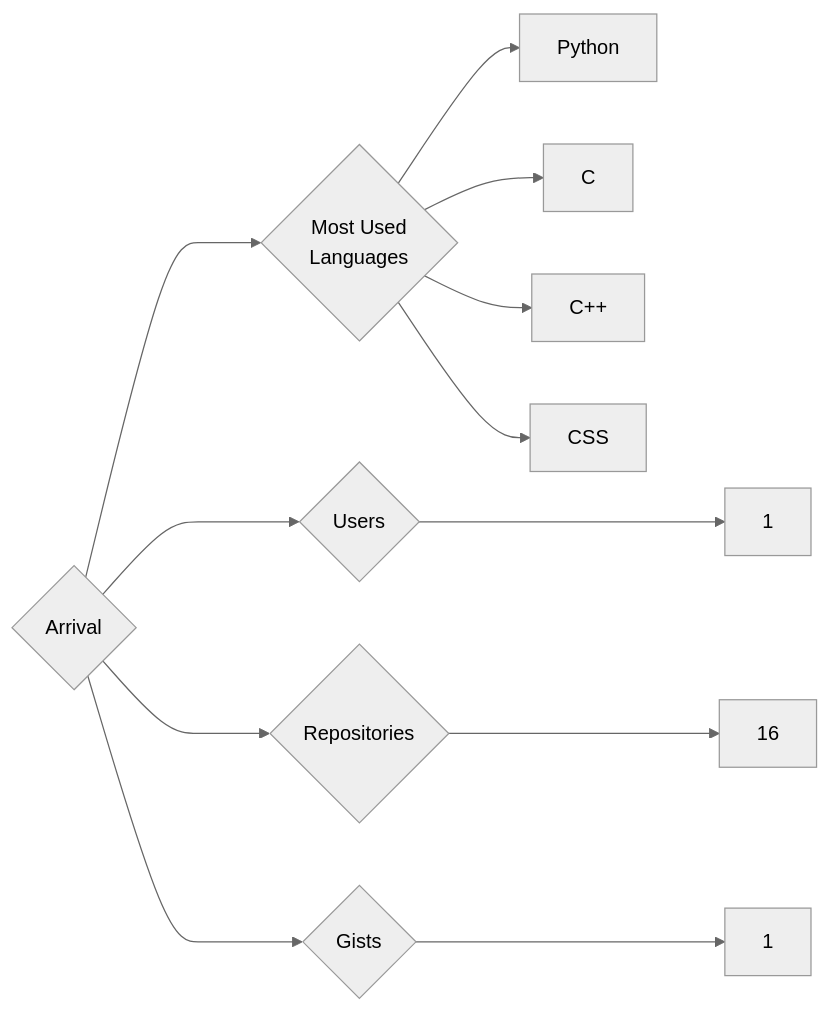
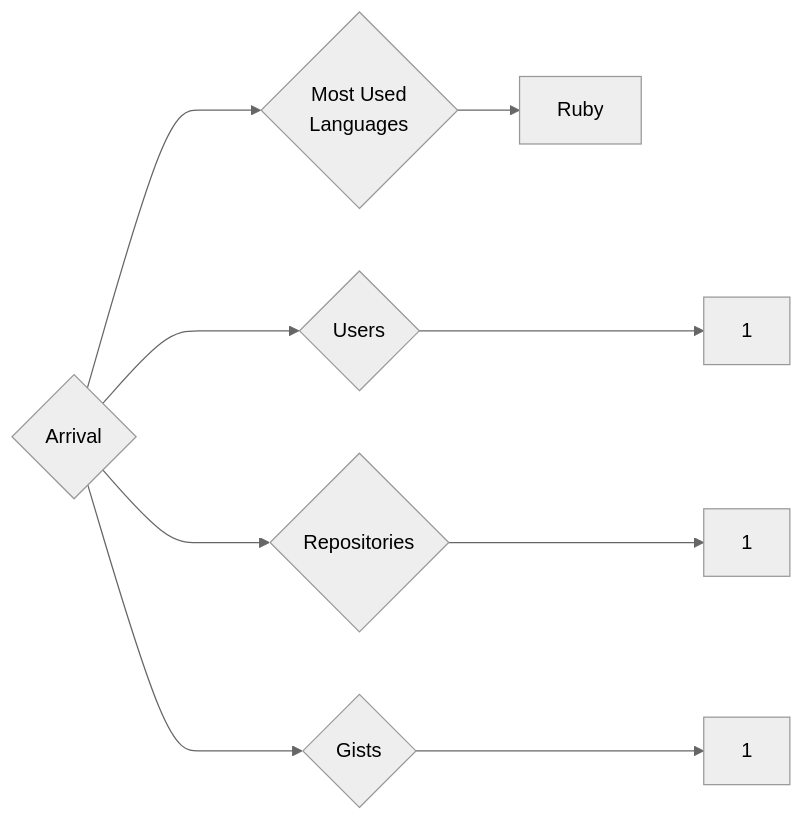
The diagram in targets/Arrival/README.md (trickest/insiders), drawn with Mermaid (neutral theme) before and after one commit. The commit also changed 833 other files, not shown here.

````diff
--- a/targets/Arrival/README.md
+++ b/targets/Arrival/README.md
@@ -3,12 +3,9 @@
 ```mermaid
 graph LR
 COMPANY_NAME{Arrival}
 COMPANY_NAME ---> U{Users} ---> UN[1]
-COMPANY_NAME ---> R{Repositories} ---> RN[16]
+COMPANY_NAME ---> R{Repositories} ---> RN[1]
 COMPANY_NAME ---> G{Gists} ---> GN[1]
 COMPANY_NAME ---> ML{Most Used<br>Languages}
-ML --> Python[Python]
-ML --> C[C]
-ML --> C++[C++]
-ML --> CSS[CSS]
+ML --> Ruby[Ruby]
 ```
````
